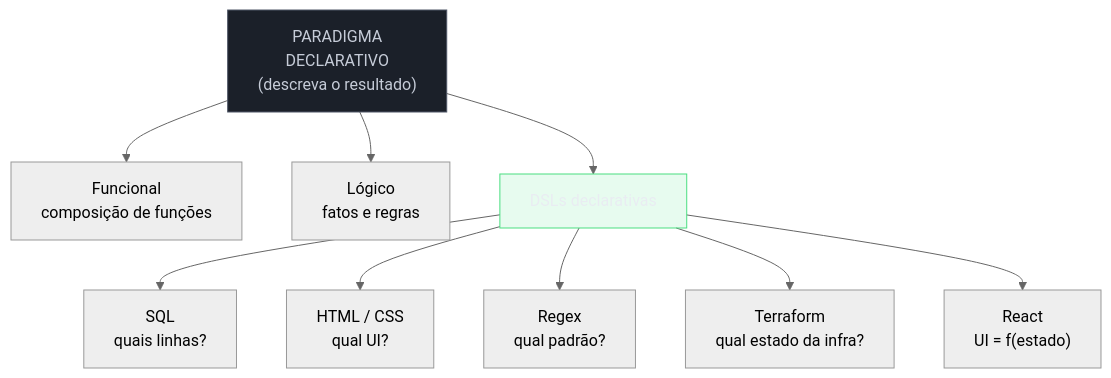
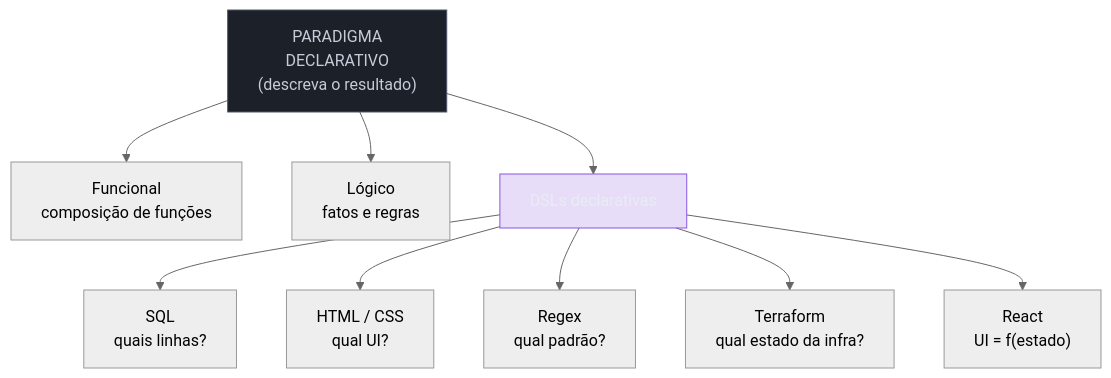
One commit to josenaldo/codex-technomanticus changed the second of 4 diagrams in 03-Dominios/Ciência/Paradigmas/04 - O paradigma declarativo.md. Above: the diagram before and after it, drawn with Mermaid (neutral theme). The commit also changed other lines of this file and 601 other files, not shown here.

````diff
--- a/03-Dominios/Ciência/Paradigmas/04 - O paradigma declarativo.md
+++ b/03-Dominios/Ciência/Paradigmas/04 - O paradigma declarativo.md
@@ -84,16 +84,16 @@
 ```mermaid
 flowchart TD
+    classDef marca fill:#8855DF33,stroke:#8855DF,color:#E9ECF2
     classDef neutro fill:#1B2029,stroke:#4E5666,color:#C6CCD8
-    classDef ok fill:#4ADE8021,stroke:#4ADE80,color:#E9ECF2
     D["PARADIGMA<br/>DECLARATIVO<br/>(descreva o resultado)"]
     D --> F["Funcional<br/>composição de funções"]
     D --> L["Lógico<br/>fatos e regras"]
     D --> DSL["DSLs declarativas"]
     DSL --> SQL["SQL<br/>quais linhas?"]
     DSL --> WEB["HTML / CSS<br/>qual UI?"]
     DSL --> RE["Regex<br/>qual padrão?"]
     DSL --> IAC["Terraform<br/>qual estado da infra?"]
     DSL --> RX["React<br/>UI = f(estado)"]
     class D neutro
-    class DSL ok
+    class DSL marca
 ```
````
